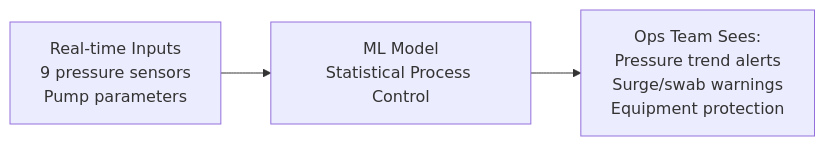
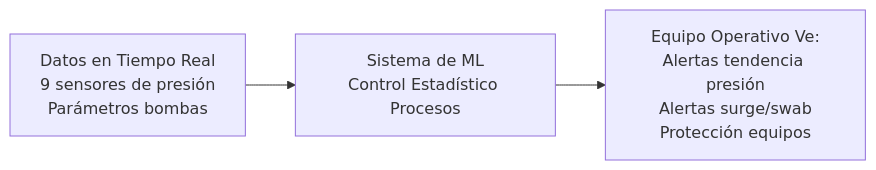
The sixth of 13 diagrams in PAE_Report.md (wonder-dmercadal/PublicReports), drawn with Mermaid before and after one commit. The commit also changed other lines of this file, not shown here.

````diff
--- a/PAE_Report.md
+++ b/PAE_Report.md
@@ -83,5 +83,5 @@
 ```mermaid
 graph LR
-    A[Real-time Inputs<br/>9 pressure sensors<br/>Pump parameters] --> B[ML Model<br/>Statistical Process Control]
-    B --> C[Ops Team Sees:<br/>Pressure trend alerts<br/>Surge/swab warnings<br/>Equipment protection]
+    A[Datos en Tiempo Real<br/>9 sensores de presión<br/>Parámetros bombas] --> B[Sistema de ML<br/>Control Estadístico Procesos]
+    B --> C[Equipo Operativo Ve:<br/>Alertas tendencia presión<br/>Alertas surge/swab<br/>Protección equipos]
 ```
````
